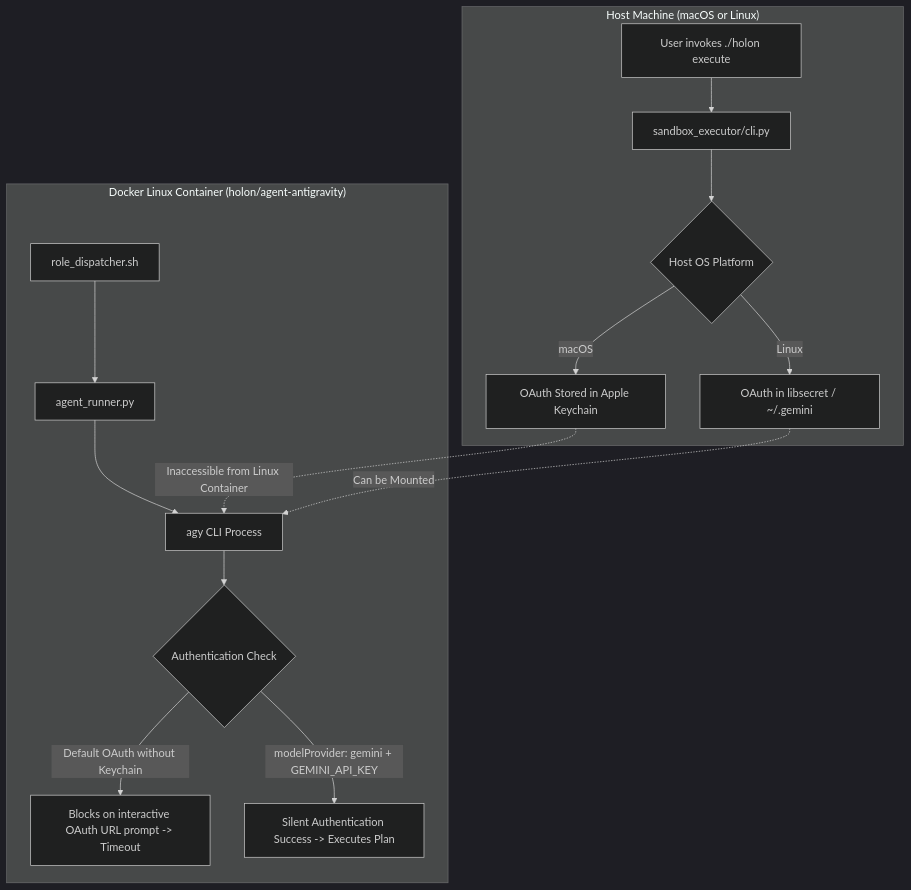
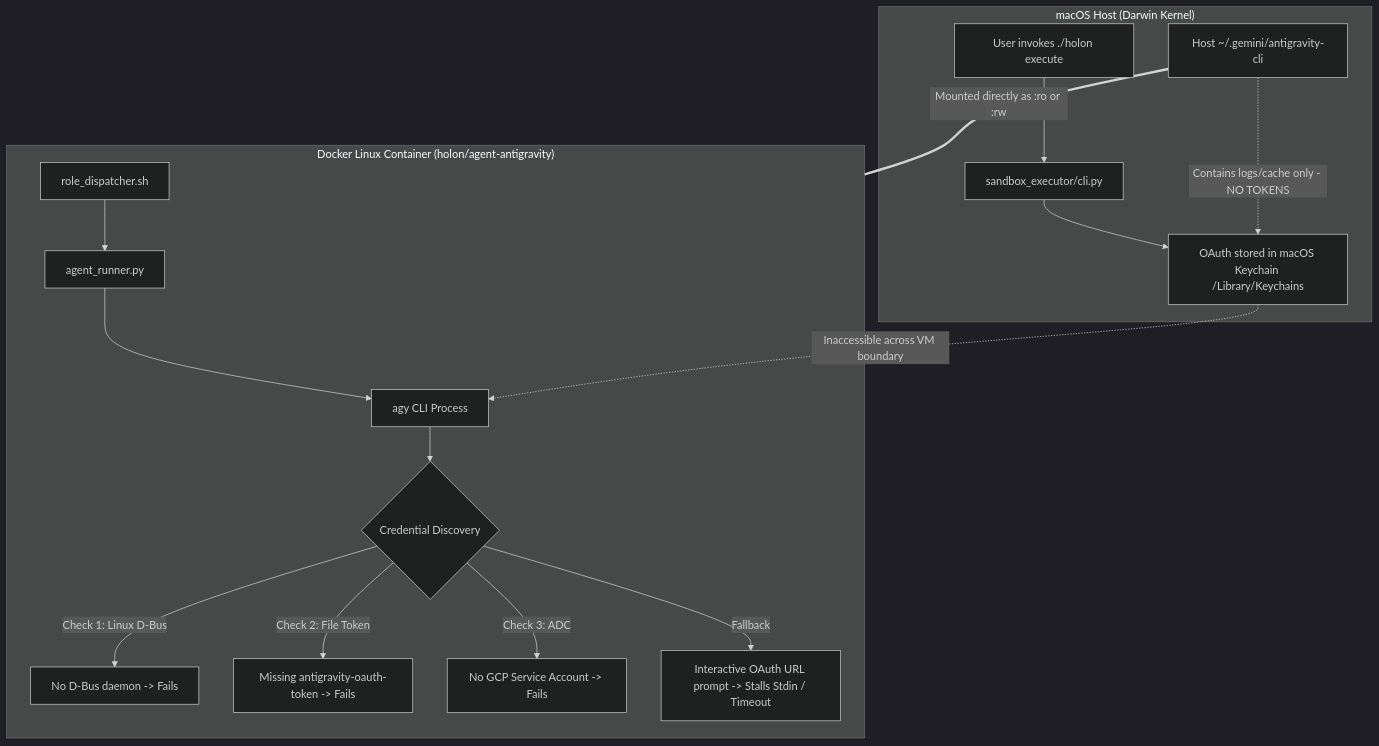
One commit to Holon-Agentic-Coder/holon-agentic-coder-ref-metadata changed the diagram in docs/sandbox/agy_sandbox_execution_solutions.md. Above: the diagram before and after it, drawn with Mermaid (dark theme). The commit also changed other lines of this file and 1 other file, not shown here.

Commit message:
docs(agy): experiment results

````diff
--- a/docs/sandbox/agy_sandbox_execution_solutions.md
+++ b/docs/sandbox/agy_sandbox_execution_solutions.md
@@ -44,19 +37,21 @@
 ```mermaid
 graph TD
-    subgraph Host["Host Machine (macOS or Linux)"]
+    subgraph Host["macOS Host (Darwin Kernel)"]
         A[User invokes ./holon execute] --> B[sandbox_executor/cli.py]
-        B --> C{Host OS Platform}
-        C -->|macOS| D[OAuth Stored in Apple Keychain]
-        C -->|Linux| E[OAuth in libsecret / ~/.gemini]
+        B --> C[OAuth stored in macOS Keychain /Library/Keychains]
+        D[Host ~/.gemini/antigravity-cli] -.->|Contains logs/cache only - NO TOKENS| C
     end
 
     subgraph Container["Docker Linux Container (holon/agent-antigravity)"]
-        F[role_dispatcher.sh] --> G[agent_runner.py]
-        G --> H[agy CLI Process]
-        D -.Inaccessible from Linux Container.-> H
-        E -.Can be Mounted.-> H
-        H --> I{Authentication Check}
-        I -->|Default OAuth without Keychain| J[Blocks on interactive OAuth URL prompt -> Timeout]
-        I -->|modelProvider: gemini + GEMINI_API_KEY| K[Silent Authentication Success -> Executes Plan]
+        E[role_dispatcher.sh] --> F[agent_runner.py]
+        F --> G[agy CLI Process]
+        C -.Inaccessible across VM boundary.-> G
+        G --> H{Credential Discovery}
+        H -->|Check 1: Linux D-Bus| I[No D-Bus daemon -> Fails]
+        H -->|Check 2: File Token| J[Missing antigravity-oauth-token -> Fails]
+        H -->|Check 3: ADC| K[No GCP Service Account -> Fails]
+        H -->|Fallback| L[Interactive OAuth URL prompt -> Stalls Stdin / Timeout]
     end
+
+    D ===|Mounted directly as :ro or :rw| Container
 ```
````
